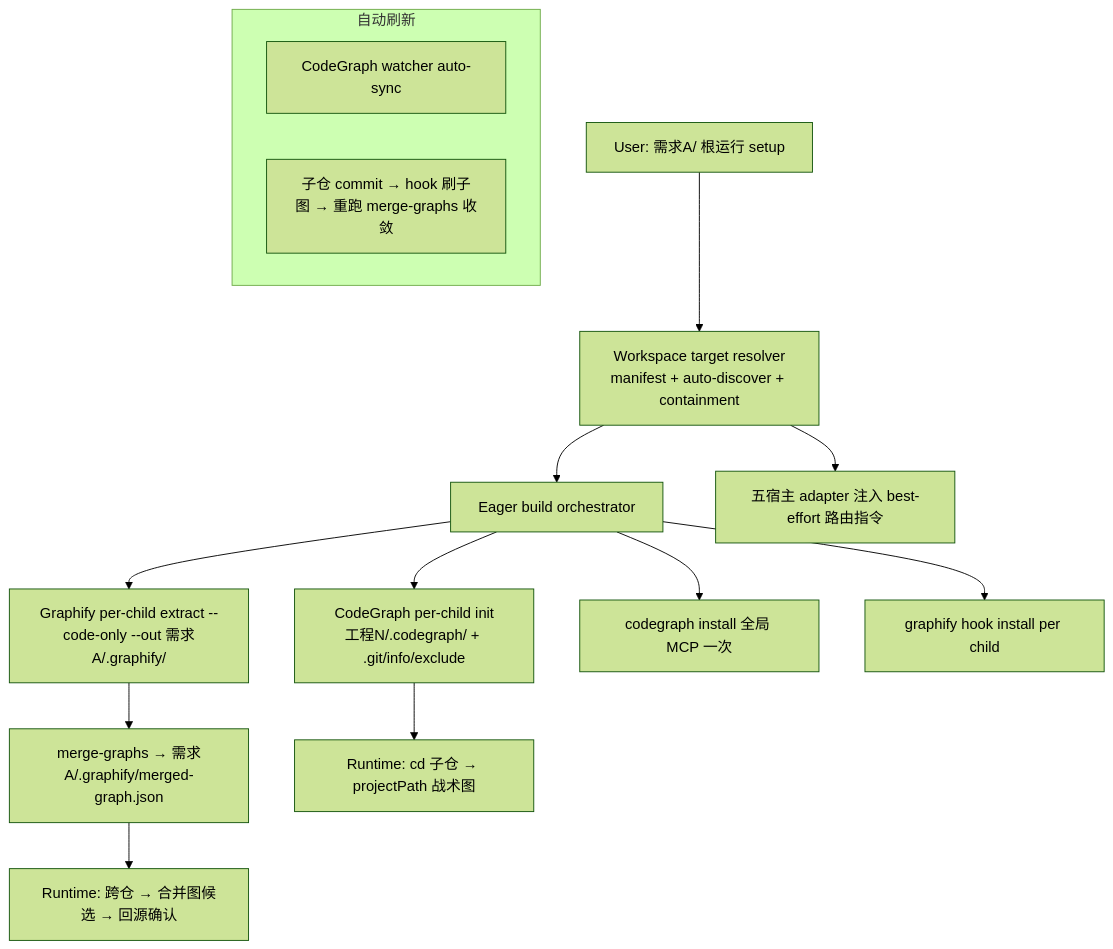
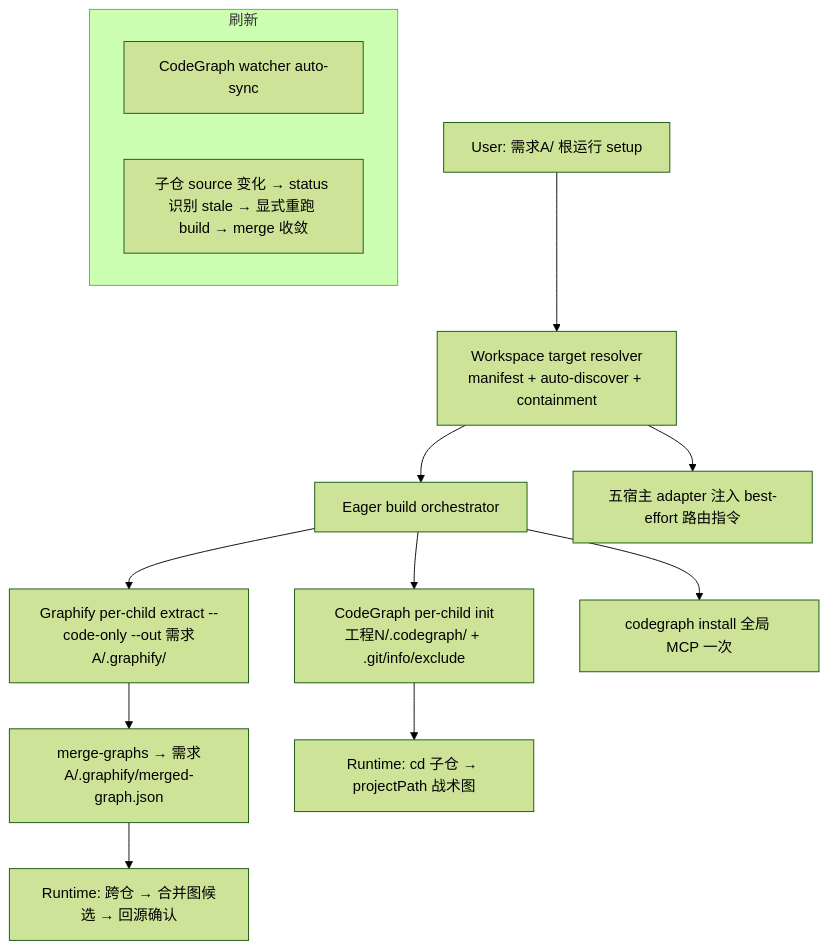
Before and after one commit to leo-kuang-ai/spec-first: the first of 3 diagrams in docs/plans/2026-07-13-001-feat-per-requirement-workspace-multi-repo-graph-plan.md, drawn with Mermaid (forest theme). The commit also changed other lines of this file and 43 other files, not shown here.

First line of the commit message:
fix(mcp-setup): harden workspace-graph completion and review gates

````diff
--- a/docs/plans/2026-07-13-001-feat-per-requirement-workspace-multi-repo-graph-plan.md
+++ b/docs/plans/2026-07-13-001-feat-per-requirement-workspace-multi-repo-graph-plan.md
@@ -105,17 +104,16 @@
 ```mermaid
 flowchart TB
   U[User: 需求A/ 根运行 setup] --> R[Workspace target resolver<br/>manifest + auto-discover + containment]
   R --> B[Eager build orchestrator]
   B --> CG[CodeGraph per-child init<br/>工程N/.codegraph/ + .git/info/exclude]
   B --> GF[Graphify per-child extract --code-only --out 需求A/.graphify/<repo>]
   GF --> MG[merge-graphs → 需求A/.graphify/merged-graph.json]
   B --> MCP[codegraph install 全局 MCP 一次]
-  B --> HK[graphify hook install per child]
   R --> INJ[五宿主 adapter 注入 best-effort 路由指令]
   CG --> RT[Runtime: cd 子仓 → projectPath 战术图]
   MG --> RT2[Runtime: 跨仓 → 合并图候选 → 回源确认]
-  subgraph Refresh[自动刷新]
+  subgraph Refresh[刷新]
     W[CodeGraph watcher auto-sync]
-    HK2[子仓 commit → hook 刷子图 → 重跑 merge-graphs 收敛]
+    EX[子仓 source 变化 → status 识别 stale → 显式重跑 build → merge 收敛]
   end
 ```
````
